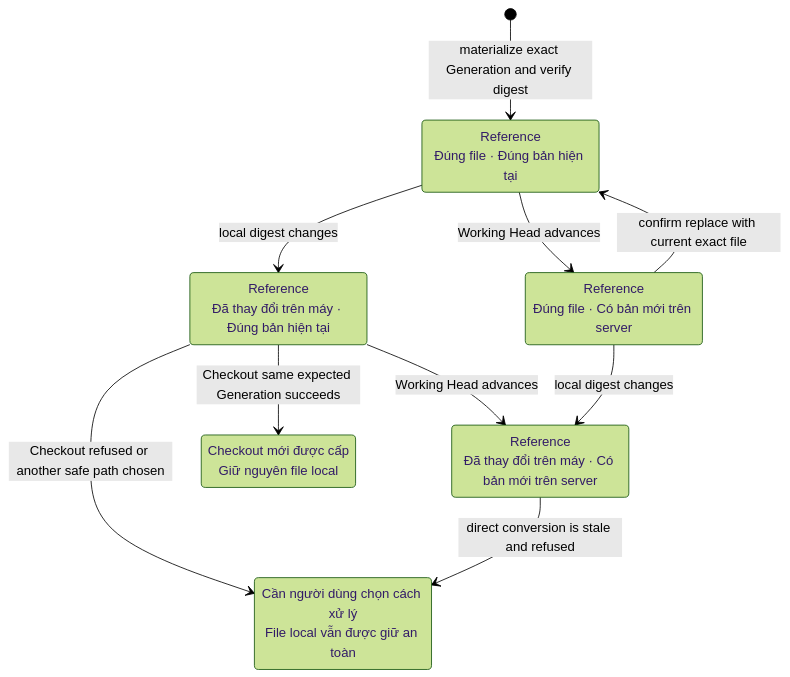
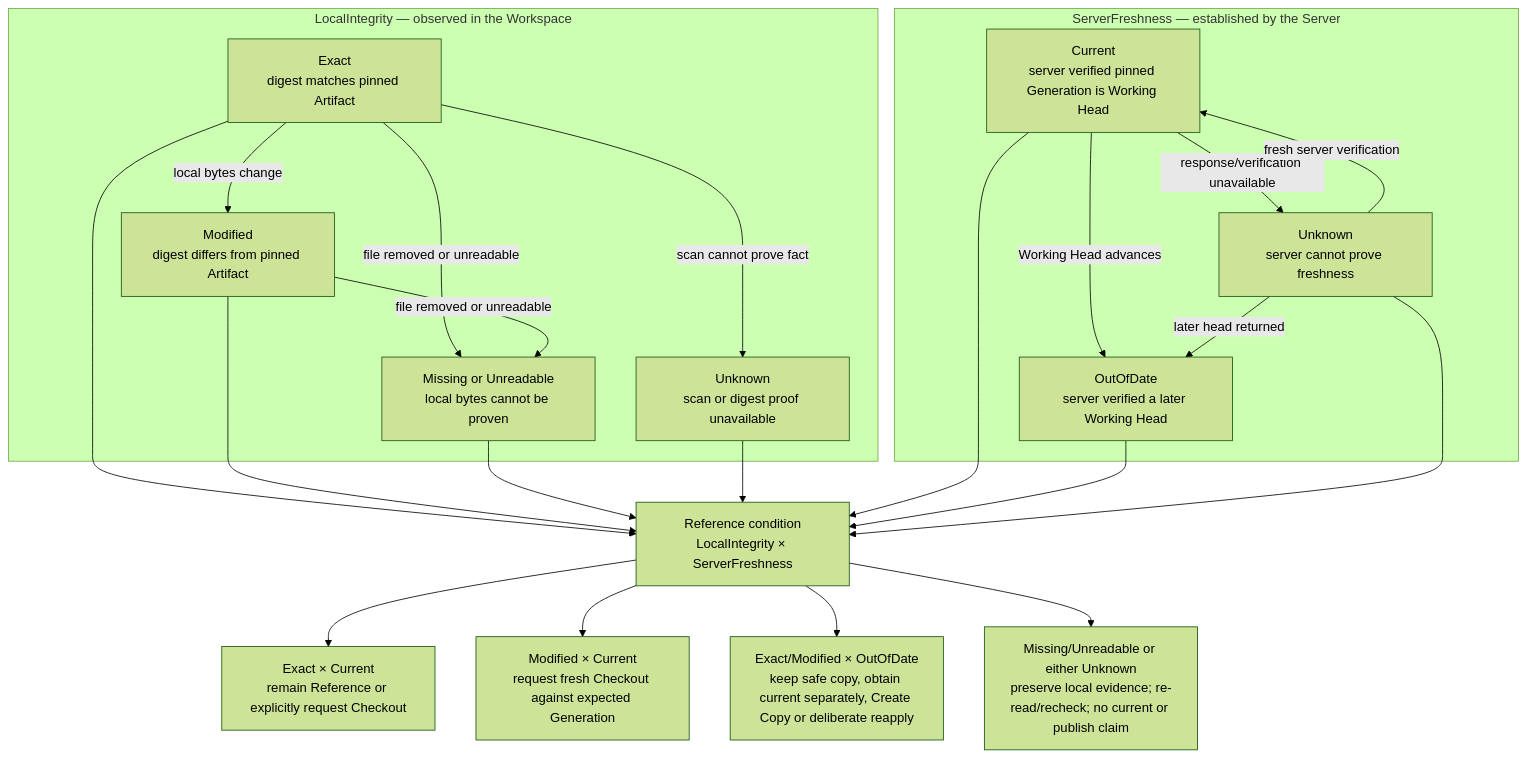
Before and after one commit to devphuclam/IDEAEngineering: the tenth of 26 diagrams in docs/product/instances/idea-engineering/DOC-05-architecture-description.md, drawn with Mermaid (forest theme). The commit also changed other lines of this file and 73 other files, not shown here.

Commit message:
docs: correct architecture custody and audit views

````diff
--- a/docs/product/instances/idea-engineering/DOC-05-architecture-description.md
+++ b/docs/product/instances/idea-engineering/DOC-05-architecture-description.md
@@ -775,22 +819,44 @@
 ```mermaid
-stateDiagram-v2
+flowchart TB
     accTitle: Local Reference condition and safe exits
-    accDescr: A Reference starts with exact local bytes for the current server head. Local editing or a newer server head can occur independently. A modified current Reference can become a working copy only after the server grants Checkout against that same Generation. A modified out-of-date Reference cannot publish directly and remains safe while the user chooses a copy, a new document, deliberate reapplication to a fresh Checkout, or confirmed discard.
+    accDescr: Local file verification and server-head verification are independent observations. Exact plus Current permits ordinary Reference use. Modified plus Current may convert to Checkout only after a fresh server grant. OutOfDate, Missing, Unreadable or either Unknown condition preserves local work and blocks any claim that it is current or publishable until an explicit safe path and revalidation succeed.
 
-    state "Reference<br/>Đúng file · Đúng bản hiện tại" as ExactCurrent
-    state "Reference<br/>Đã thay đổi trên máy · Đúng bản hiện tại" as ModifiedCurrent
-    state "Reference<br/>Đúng file · Có bản mới trên server" as ExactOlder
-    state "Reference<br/>Đã thay đổi trên máy · Có bản mới trên server" as ModifiedOlder
-    state "Checkout mới được cấp<br/>Giữ nguyên file local" as CheckoutGranted
-    state "Cần người dùng chọn cách xử lý<br/>File local vẫn được giữ an toàn" as SafeChoice
+    subgraph local["LocalIntegrity — observed in the Workspace"]
+        exact["Exact<br/>digest matches pinned Artifact"]
+        modified["Modified<br/>digest differs from pinned Artifact"]
+        unreadable["Missing or Unreadable<br/>local bytes cannot be proven"]
+        localUnknown["Unknown<br/>scan or digest proof unavailable"]
+        exact -->|local bytes change| modified
+        exact -->|file removed or unreadable| unreadable
+        exact -->|scan cannot prove fact| localUnknown
+        modified -->|file removed or unreadable| unreadable
+    end
 
-    [*] --> ExactCurrent: materialize exact Generation and verify digest
-    ExactCurrent --> ModifiedCurrent: local digest changes
-    ExactCurrent --> ExactOlder: Working Head advances
-    ModifiedCurrent --> ModifiedOlder: Working Head advances
-    ExactOlder --> ModifiedOlder: local digest changes
-    ExactOlder --> ExactCurrent: confirm replace with current exact file
-    ModifiedCurrent --> CheckoutGranted: Checkout same expected Generation succeeds
-    ModifiedCurrent --> SafeChoice: Checkout refused or another safe path chosen
-    ModifiedOlder --> SafeChoice: direct conversion is stale and refused
+    subgraph freshness["ServerFreshness — established by the Server"]
+        current["Current<br/>server verified pinned Generation is Working Head"]
+        outOfDate["OutOfDate<br/>server verified a later Working Head"]
+        serverUnknown["Unknown<br/>server cannot prove freshness"]
+        current -->|Working Head advances| outOfDate
+        current -->|response/verification unavailable| serverUnknown
+        serverUnknown -->|fresh server verification| current
+        serverUnknown -->|later head returned| outOfDate
+    end
+
+    condition["Reference condition<br/>LocalIntegrity × ServerFreshness"]
+    exact --> condition
+    modified --> condition
+    unreadable --> condition
+    localUnknown --> condition
+    current --> condition
+    outOfDate --> condition
+    serverUnknown --> condition
+
+    normal["Exact × Current<br/>remain Reference or explicitly request Checkout"]
+    convert["Modified × Current<br/>request fresh Checkout against expected Generation"]
+    stale["Exact/Modified × OutOfDate<br/>keep safe copy, obtain current separately, Create Copy or deliberate reapply"]
+    uncertain["Missing/Unreadable or either Unknown<br/>preserve local evidence; re-read/recheck; no current or publish claim"]
+    condition --> normal
+    condition --> convert
+    condition --> stale
+    condition --> uncertain
 ```
````
